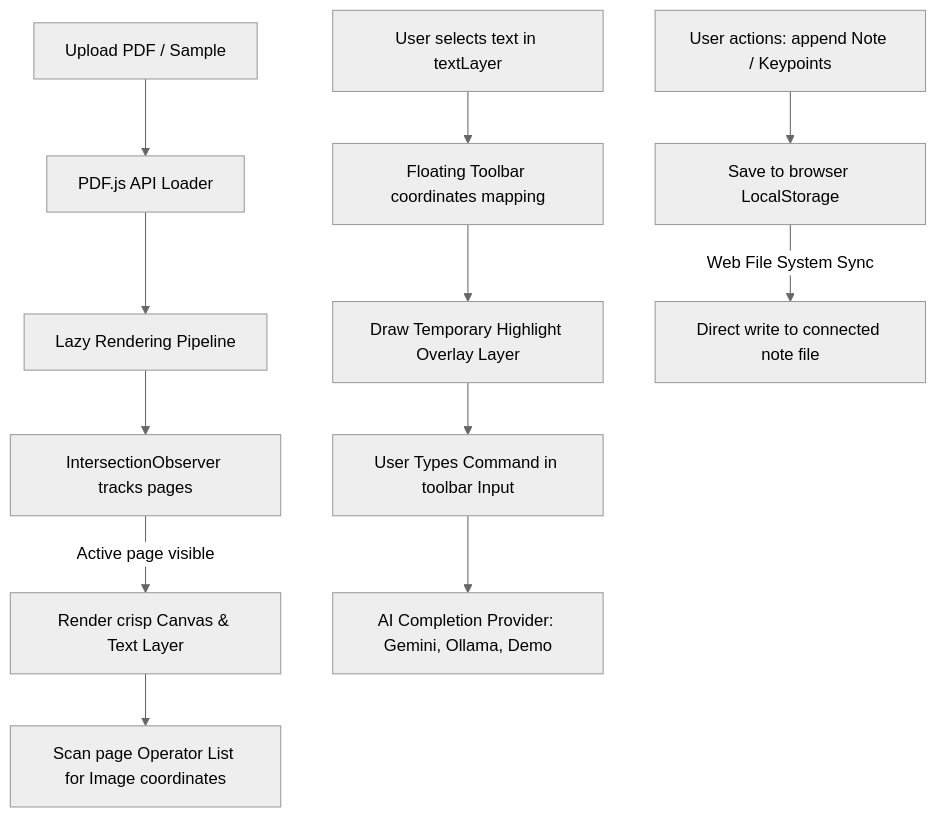
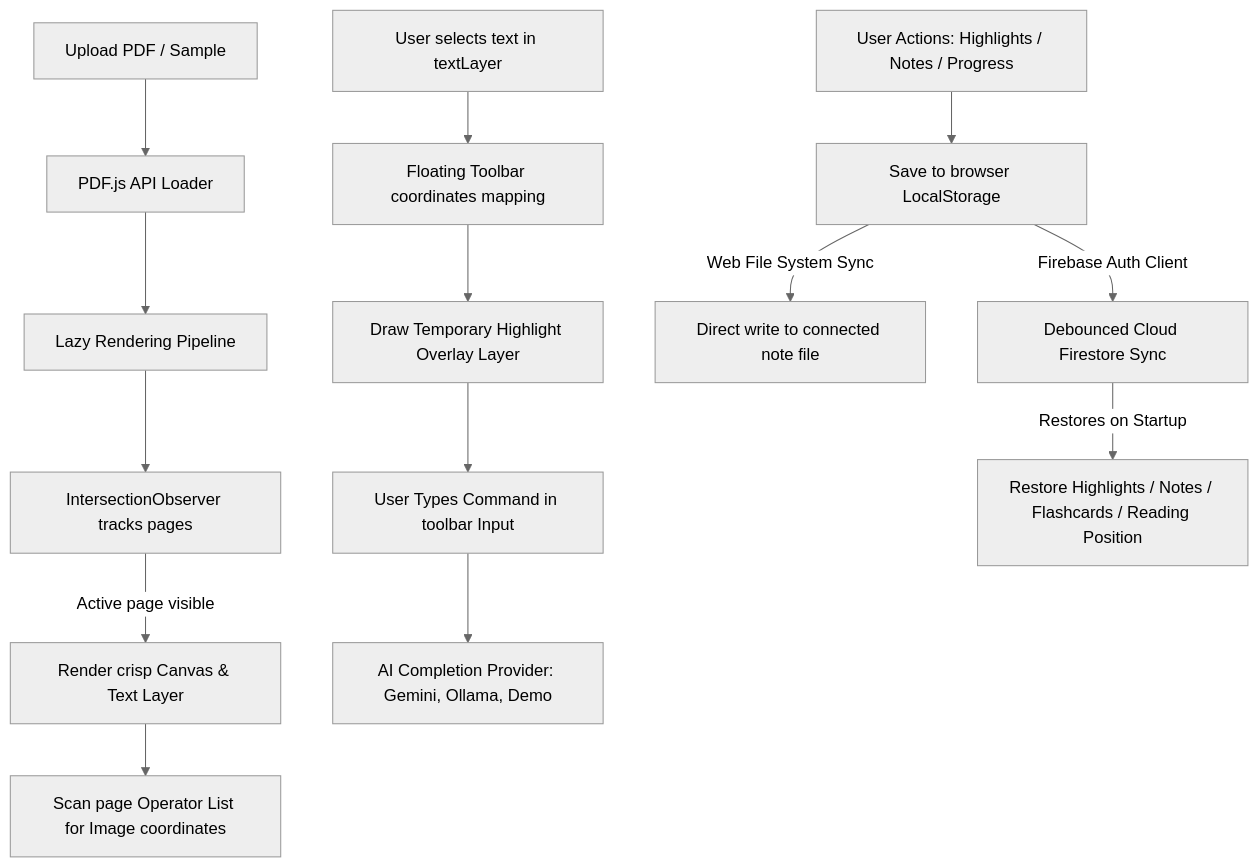
Before and after one commit to vashisht7/StudyBuddy: the diagram in README.md, drawn with Mermaid (neutral theme). The commit also changed other lines of this file, not shown here.

Commit message:
docs: update README with Firebase system workings and cloud sync operational checklist

````diff
--- a/README.md
+++ b/README.md
@@ -11,16 +11,18 @@
 ```mermaid
 graph TD
     A[Upload PDF / Sample] --> B[PDF.js API Loader]
     B --> C[Lazy Rendering Pipeline]
     C --> D[IntersectionObserver tracks pages]
     D -->|Active page visible| E[Render crisp Canvas & Text Layer]
     E --> F[Scan page Operator List for Image coordinates]
     
     G[User selects text in textLayer] --> H[Floating Toolbar coordinates mapping]
     H --> I[Draw Temporary Highlight Overlay Layer]
     I --> J[User Types Command in toolbar Input]
     J --> K[AI Completion Provider: Gemini, Ollama, Demo]
     
-    L[User actions: append Note / Keypoints] --> M[Save to browser LocalStorage]
+    L[User Actions: Highlights / Notes / Progress] --> M[Save to browser LocalStorage]
     M -->|Web File System Sync| N[Direct write to connected note file]
+    M -->|Firebase Auth Client| O[Debounced Cloud Firestore Sync]
+    O -->|Restores on Startup| P[Restore Highlights / Notes / Flashcards / Reading Position]
 ```
````
